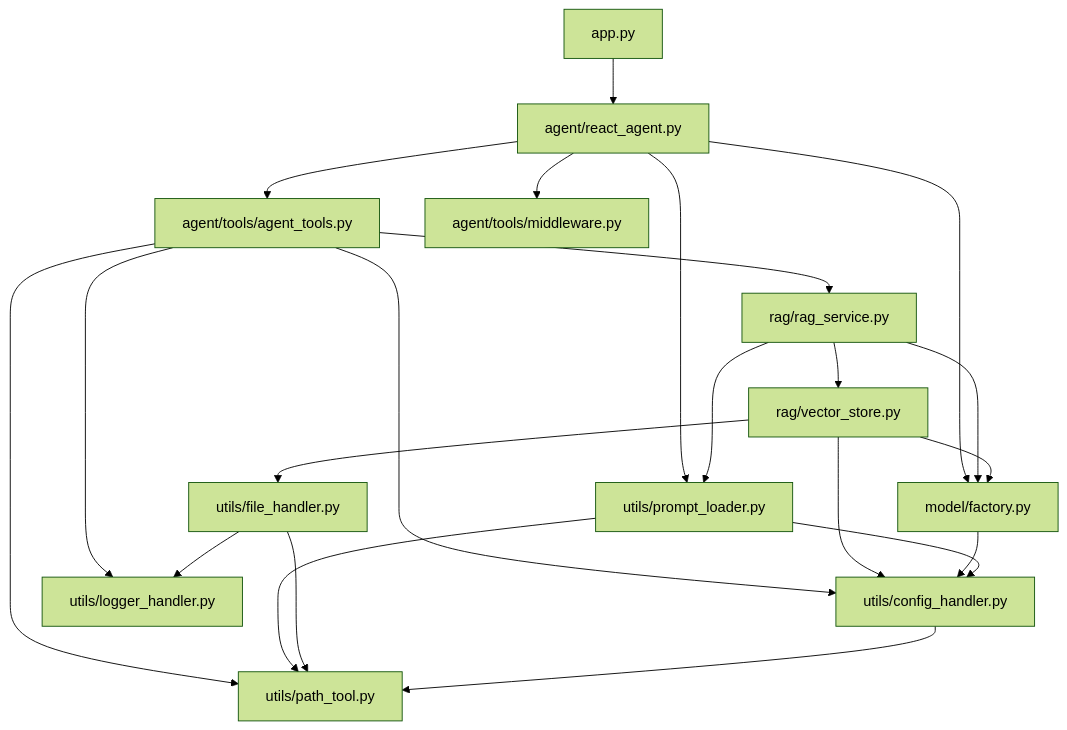
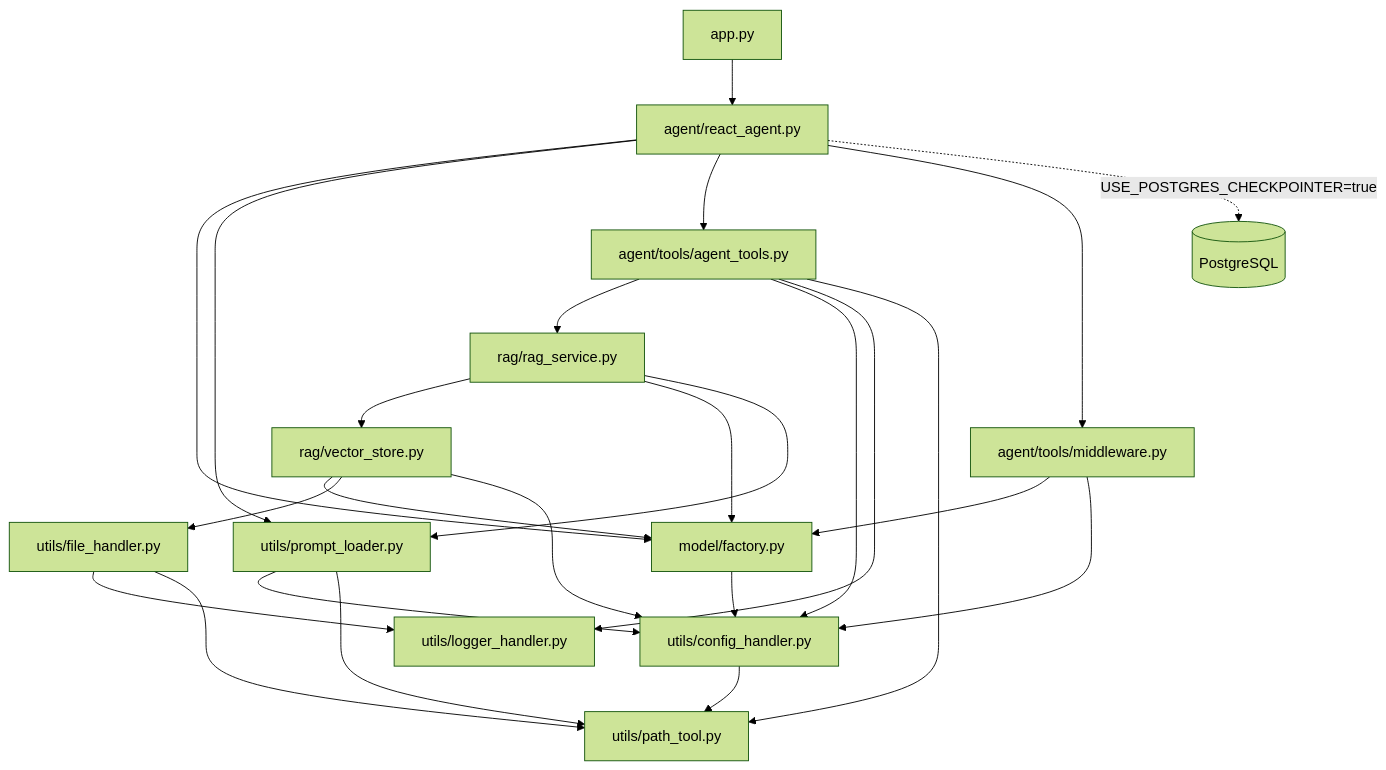
One commit to AX3031/RAG_Agent02 changed the second of 4 diagrams in docs/ARCHITECTURE.md. Above: the diagram before and after it, drawn with Mermaid (forest theme). The commit also changed other lines of this file and 18 other files, not shown here.

````diff
--- a/docs/ARCHITECTURE.md
+++ b/docs/ARCHITECTURE.md
@@ -265,24 +270,27 @@
 ```mermaid
 flowchart TB
     APP[app.py] --> RA[agent/react_agent.py]
     RA --> MF[model/factory.py]
     RA --> PL[utils/prompt_loader.py]
     RA --> AT[agent/tools/agent_tools.py]
     RA --> MW[agent/tools/middleware.py]
+    MW --> MF
+    MW --> CH
+    RA -.->|USE_POSTGRES_CHECKPOINTER=true| PG[(PostgreSQL)]
     AT --> RS[rag/rag_service.py]
     AT --> CH[utils/config_handler.py]
     AT --> LG[utils/logger_handler.py]
     AT --> PT[utils/path_tool.py]
     RS --> VS[rag/vector_store.py]
     RS --> MF
     RS --> PL
     VS --> MF
     VS --> FH[utils/file_handler.py]
     VS --> CH
     MF --> CH
     PL --> CH
     PL --> PT
     FH --> LG
     FH --> PT
     CH --> PT
 ```
````
